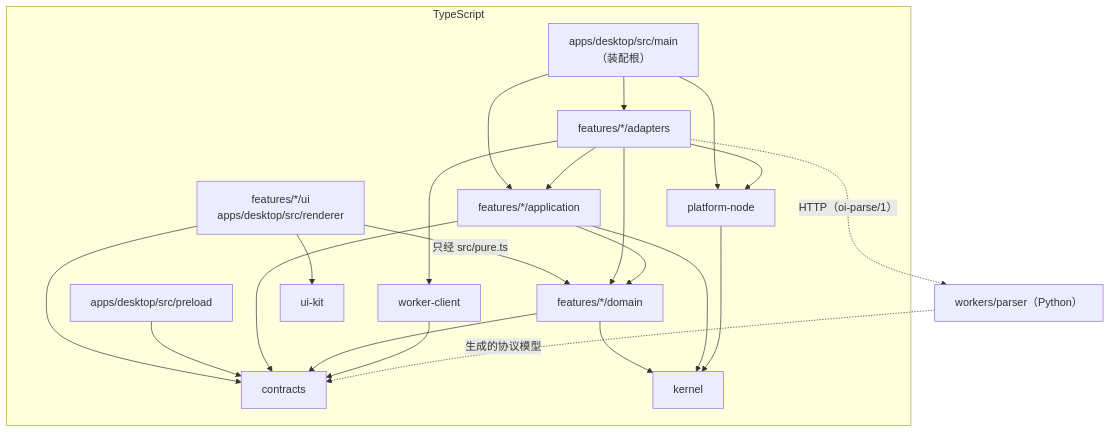
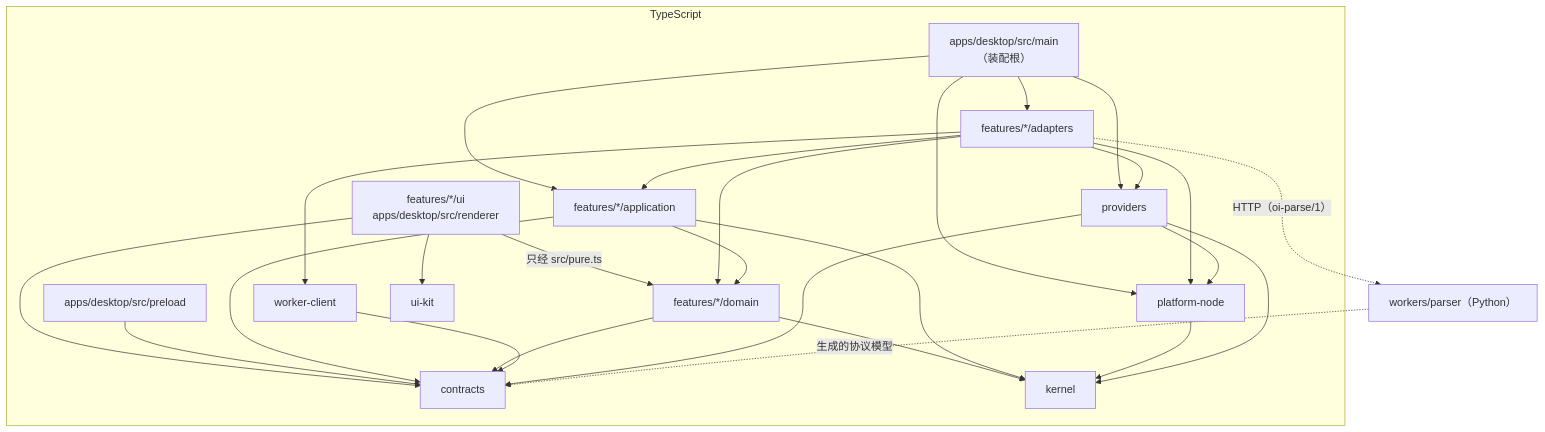
The third of 5 diagrams in ARCHITECTURE.md (wisdom-km/open-immerse-v2), drawn with Mermaid before and after one commit. The commit also changed other lines of this file and 3 other files, not shown here.

````diff
--- a/ARCHITECTURE.md
+++ b/ARCHITECTURE.md
@@ -622,38 +634,44 @@
 ```mermaid
 flowchart TB
   subgraph TS["TypeScript"]
     UI["features/*/ui<br/>apps/desktop/src/renderer"]
     PRE["apps/desktop/src/preload"]
     MAIN["apps/desktop/src/main<br/>（装配根）"]
     ADP["features/*/adapters"]
     APP["features/*/application"]
     DOM["features/*/domain"]
     PN["platform-node"]
     WC["worker-client"]
+    PV["providers"]
     UK["ui-kit"]
     C["contracts"]
     K["kernel"]
   end
   PY["workers/parser（Python）"]
 
   UI --> UK
   UI -- "只经 src/pure.ts" --> DOM
   UI --> C
   PRE --> C
   MAIN --> ADP
   MAIN --> APP
   MAIN --> PN
+  MAIN --> PV
   ADP --> APP
   ADP --> DOM
   ADP --> PN
   ADP --> WC
+  ADP --> PV
   APP --> DOM
   APP --> C
   DOM --> C
   DOM --> K
   APP --> K
   PN --> K
   WC --> C
+  PV --> PN
+  PV --> C
+  PV --> K
   ADP -. "HTTP（oi-parse/1）" .-> PY
   PY -. "生成的协议模型" .-> C
 ```
````
